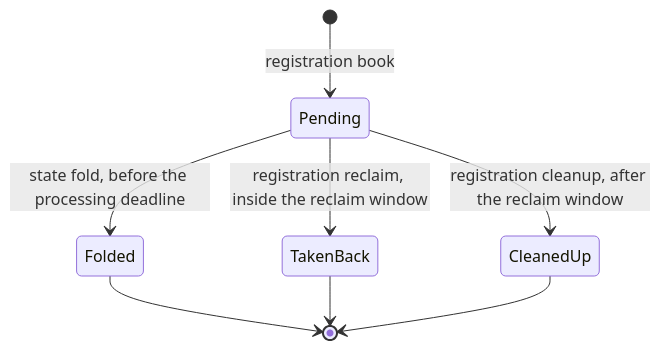
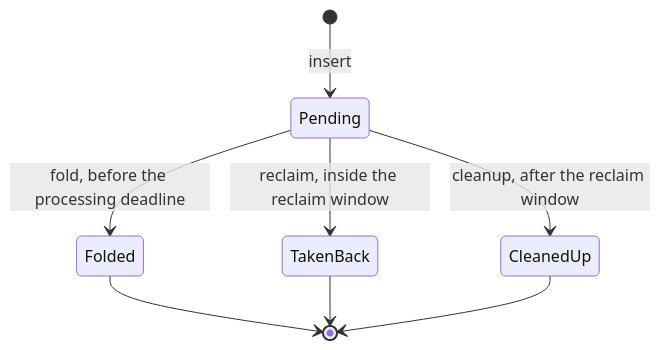
One commit to lambdasistemi/singular changed the first of 4 diagrams in docs/registry-commands.md. Above: the diagram before and after it, drawn with Mermaid. The commit also changed other lines of this file and 71 other files, not shown here.

````diff
--- a/docs/registry-commands.md
+++ b/docs/registry-commands.md
@@ -14,10 +14,10 @@
 ```mermaid
 stateDiagram-v2
-    [*] --> Pending: registration book
-    Pending --> Folded: state fold, before the processing deadline
-    Pending --> TakenBack: registration reclaim, inside the reclaim window
-    Pending --> CleanedUp: registration cleanup, after the reclaim window
+    [*] --> Pending: insert
+    Pending --> Folded: fold, before the processing deadline
+    Pending --> TakenBack: reclaim, inside the reclaim window
+    Pending --> CleanedUp: cleanup, after the reclaim window
     Folded --> [*]
     TakenBack --> [*]
     CleanedUp --> [*]
 ```
````
